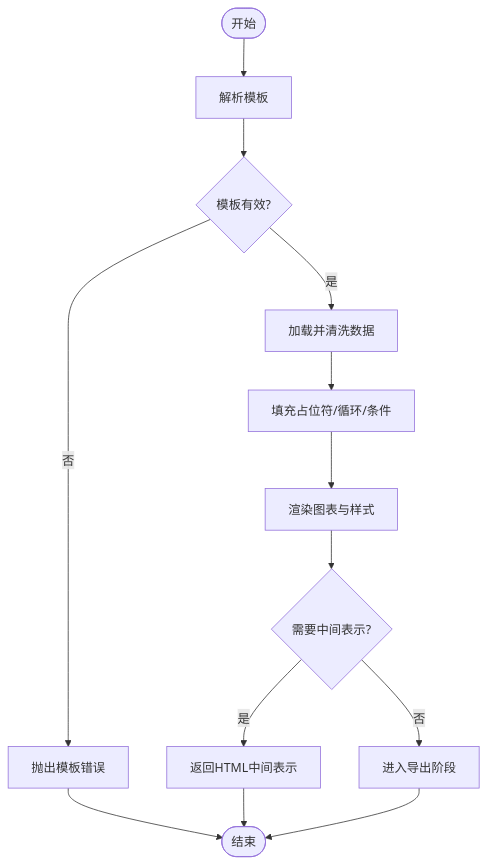
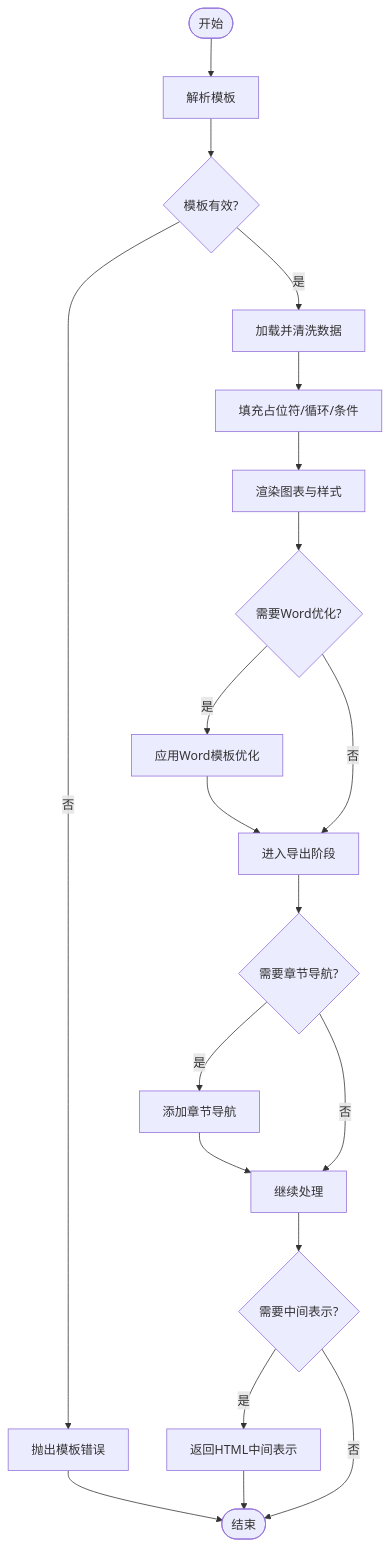
The third of 4 diagrams in .qoder/repowiki/zh/content/项目概览/核心功能概述/报告生成模块.md (vu1Art1st/talos), drawn with Mermaid before and after one commit. The commit also changed other lines of this file and 129 other files, not shown here.

````diff
--- a/.qoder/repowiki/zh/content/项目概览/核心功能概述/报告生成模块.md
+++ b/.qoder/repowiki/zh/content/项目概览/核心功能概述/报告生成模块.md
@@ -168,15 +174,22 @@
 ```mermaid
 flowchart TD
 Start(["开始"]) --> Parse["解析模板"]
 Parse --> Validate{"模板有效?"}
 Validate --> |否| Err["抛出模板错误"]
 Validate --> |是| LoadData["加载并清洗数据"]
 LoadData --> Fill["填充占位符/循环/条件"]
 Fill --> Chart["渲染图表与样式"]
-Chart --> Output{"需要中间表示?"}
+Chart --> WordOpt{"需要Word优化?"}
+WordOpt --> |是| WordEnhance["应用Word模板优化"]
+WordOpt --> |否| Next["进入导出阶段"]
+WordEnhance --> Next
+Next --> ChapterNav{"需要章节导航?"}
+ChapterNav --> |是| AddNav["添加章节导航"]
+ChapterNav --> |否| Next2["继续处理"]
+AddNav --> Next2
+Next2 --> Output{"需要中间表示?"}
 Output --> |是| ReturnMid["返回HTML中间表示"]
-Output --> |否| Next["进入导出阶段"]
+Output --> |否| End(["结束"])
 Err --> End(["结束"])
 ReturnMid --> End
-Next --> End
 ```
````
